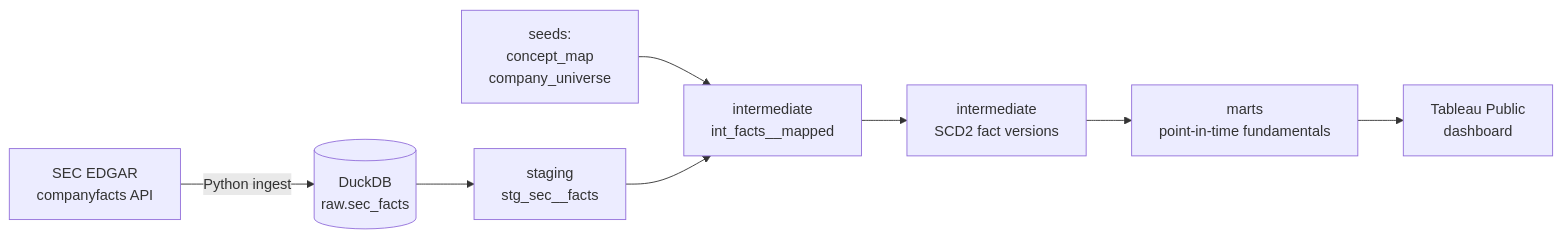
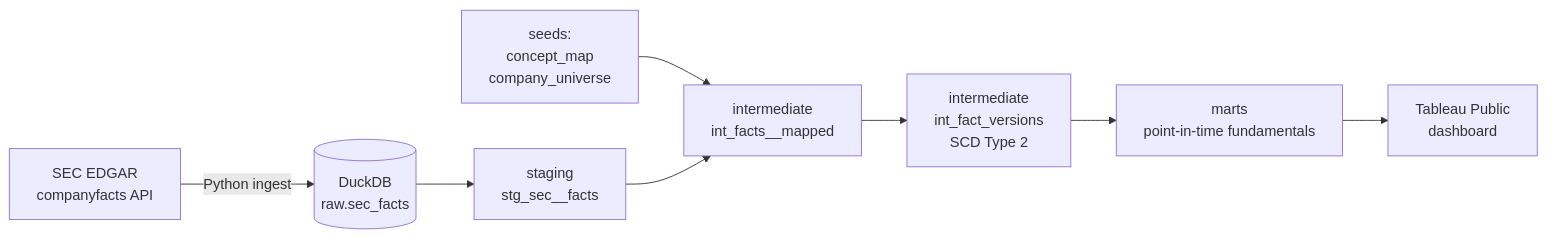
Before and after one commit to rajib-k-das/point-in-time-fundamentals: the diagram in README.md, drawn with Mermaid. The commit also changed other lines of this file and 12 other files, not shown here.

Commit message:
Add SCD Type 2 fact versions with restatement, scale-error and point-in-time tests

````diff
--- a/README.md
+++ b/README.md
@@ -36,10 +37,10 @@
 ```mermaid
 flowchart LR
     A[SEC EDGAR<br/>companyfacts API] -->|Python ingest| B[(DuckDB<br/>raw.sec_facts)]
     S[seeds:<br/>concept_map<br/>company_universe] --> D
     B --> C[staging<br/>stg_sec__facts]
     C --> D[intermediate<br/>int_facts__mapped]
-    D --> E[intermediate<br/>SCD2 fact versions]
+    D --> E[intermediate<br/>int_fact_versions<br/>SCD Type 2]
     E --> F[marts<br/>point-in-time fundamentals]
     F --> G[Tableau Public<br/>dashboard]
 ```
````
